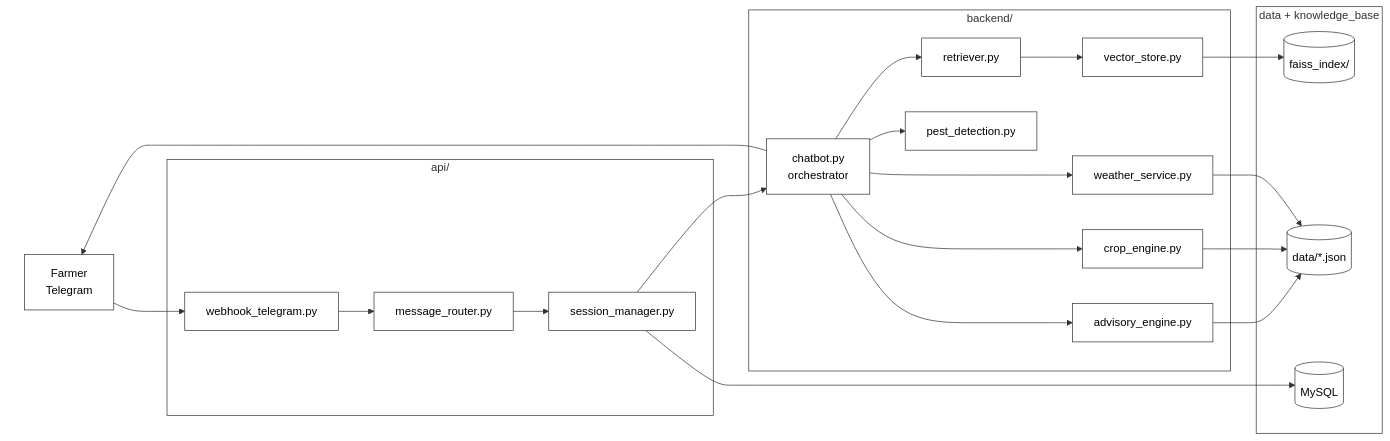
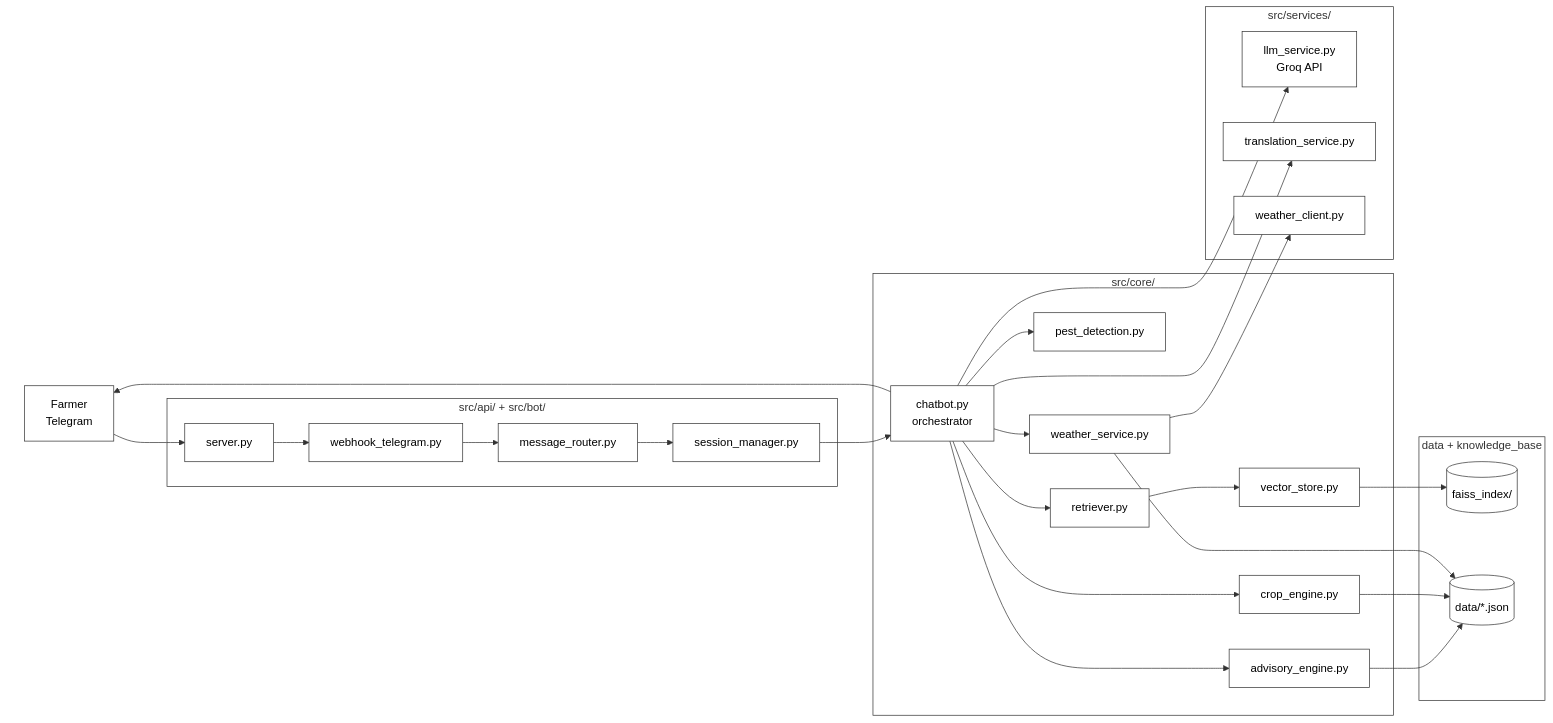
One commit to SHRESTHA-012/Kisan-sarthi-agri-advisor changed the first of 3 diagrams in README.md. Above: the diagram before and after it, drawn with Mermaid. The commit also changed other lines of this file, not shown here.

````diff
--- a/README.md
+++ b/README.md
@@ -18,47 +19,56 @@
 ```mermaid
 flowchart LR
     subgraph client[" "]
         F[Farmer<br/>Telegram]
     end
 
-    subgraph api["api/"]
+    subgraph api["src/api/ + src/bot/"]
+        SV[server.py]
         WH[webhook_telegram.py]
         MR[message_router.py]
         SM[session_manager.py]
     end
 
-    subgraph backend["backend/"]
+    subgraph core["src/core/"]
         CB[chatbot.py<br/>orchestrator]
         RT[retriever.py]
         VS[vector_store.py]
         AE[advisory_engine.py]
         CE[crop_engine.py]
         PD[pest_detection.py]
         WS[weather_service.py]
     end
 
+    subgraph services["src/services/"]
+        LLM[llm_service.py<br/>Groq API]
+        TR[translation_service.py]
+        WC[weather_client.py]
+    end
+
     subgraph storage["data + knowledge_base"]
         FI[(faiss_index/)]
         JS[(data/*.json)]
-        DB[(MySQL)]
     end
 
-    F --> WH --> MR --> SM --> CB
+    F --> SV --> WH --> MR --> SM --> CB
     CB --> RT --> VS --> FI
     CB --> AE
     CB --> CE
     CB --> PD
     CB --> WS
+    CB --> LLM
+    WS --> WC
     AE --> JS
     CE --> JS
     WS --> JS
-    SM --> DB
+    CB --> TR
     CB --> F
 
     classDef node fill:#ffffff,stroke:#333333,color:#000000;
-    class F,WH,MR,SM,CB,RT,VS,AE,CE,PD,WS,FI,JS,DB node;
+    class F,SV,WH,MR,SM,CB,RT,VS,AE,CE,PD,WS,LLM,TR,WC,FI,JS node;
     style client fill:none,stroke:none
     style api fill:none,stroke:#333333,color:#333333
-    style backend fill:none,stroke:#333333,color:#333333
+    style core fill:none,stroke:#333333,color:#333333
+    style services fill:none,stroke:#333333,color:#333333
     style storage fill:none,stroke:#333333,color:#333333
 ```
````
